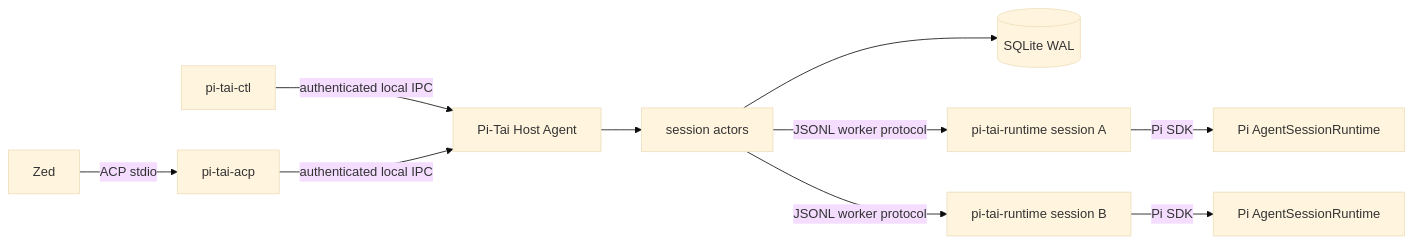
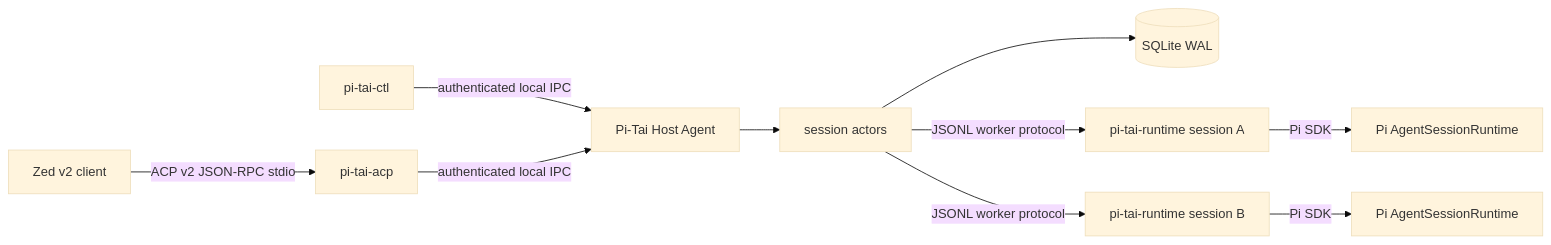
Before and after one commit to xavierchanth/pi-guardian: the diagram in docs/STAGE2_HOST_IMPLEMENTATION_PLAN.md, drawn with Mermaid (base theme). The commit also changed other lines of this file and 6 other files, not shown here.

Commit message:
docs(acp): adopt ACP v2 draft architecture

````diff
--- a/docs/STAGE2_HOST_IMPLEMENTATION_PLAN.md
+++ b/docs/STAGE2_HOST_IMPLEMENTATION_PLAN.md
@@ -104,12 +105,12 @@
 ```mermaid
 flowchart LR
-    Z[Zed] -->|ACP stdio| A[pi-tai-acp]
+    Z[Zed v2 client] -->|ACP v2 JSON-RPC stdio| A[pi-tai-acp]
     C[pi-tai-ctl] -->|authenticated local IPC| H[Pi-Tai Host Agent]
     A -->|authenticated local IPC| H
     H --> B[session actors]
     B --> E[(SQLite WAL)]
     B -->|JSONL worker protocol| R1[pi-tai-runtime session A]
     B -->|JSONL worker protocol| R2[pi-tai-runtime session B]
     R1 -->|Pi SDK| P1[Pi AgentSessionRuntime]
     R2 -->|Pi SDK| P2[Pi AgentSessionRuntime]
 ```
````
